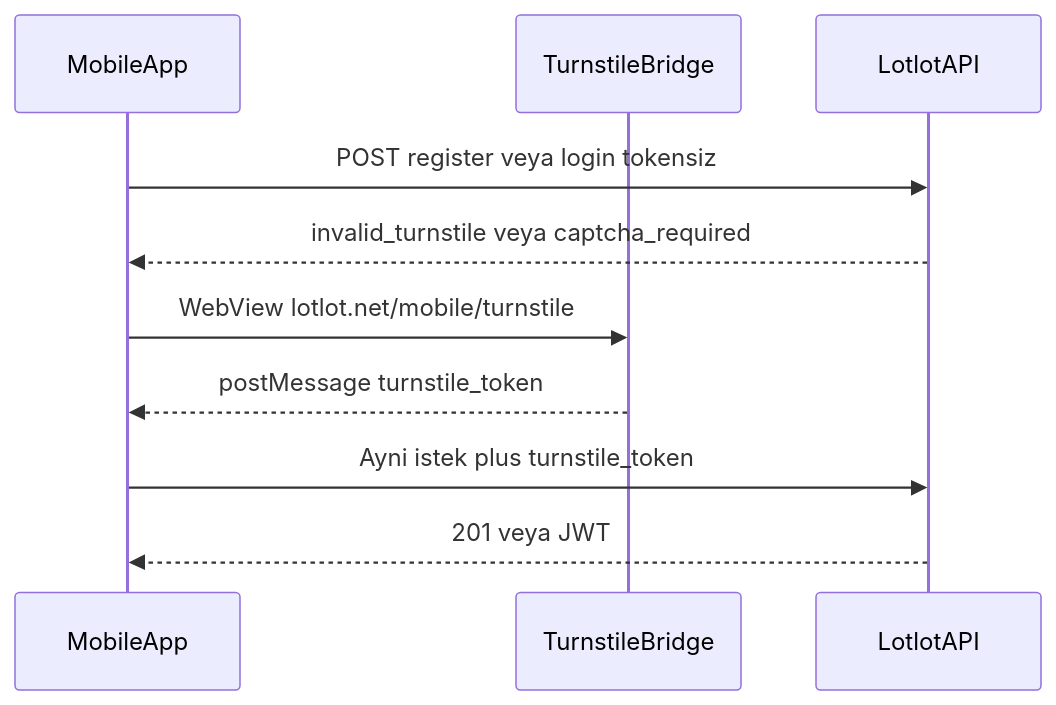
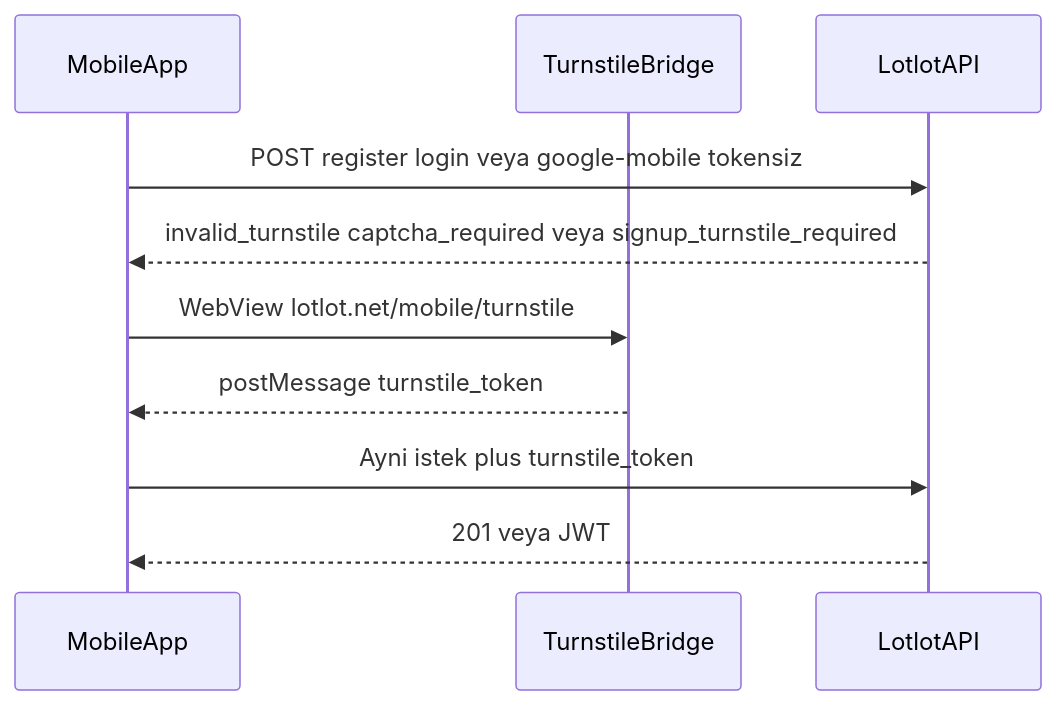
One commit to ersinarikan/bistmobile changed the ninth of 17 diagrams in docs/MOBILE_API_INTEGRATION_GUIDE.md. Above: the diagram before and after it, drawn with Mermaid. The commit also changed other lines of this file and 8 other files, not shown here.

First line of the commit message:
Require Turnstile on first Google signup and ship 1.0.0+86.

````diff
--- a/docs/MOBILE_API_INTEGRATION_GUIDE.md
+++ b/docs/MOBILE_API_INTEGRATION_GUIDE.md
@@ -859,13 +888,13 @@
 ```mermaid
 sequenceDiagram
   participant App as MobileApp
   participant Bridge as TurnstileBridge
   participant API as LotlotAPI
 
-  App->>API: POST register veya login tokensiz
-  API-->>App: invalid_turnstile veya captcha_required
+  App->>API: POST register login veya google-mobile tokensiz
+  API-->>App: invalid_turnstile captcha_required veya signup_turnstile_required
   App->>Bridge: WebView lotlot.net/mobile/turnstile
   Bridge-->>App: postMessage turnstile_token
   App->>API: Ayni istek plus turnstile_token
   API-->>App: 201 veya JWT
 ```
````
